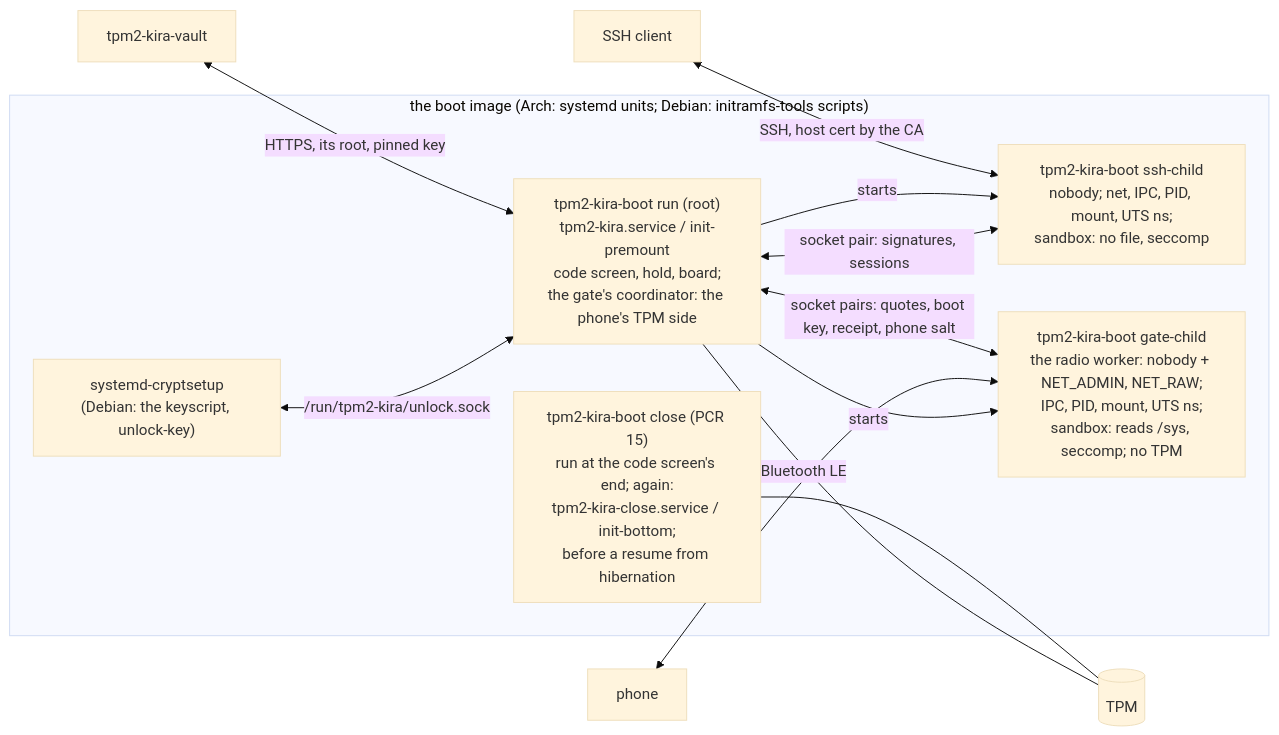
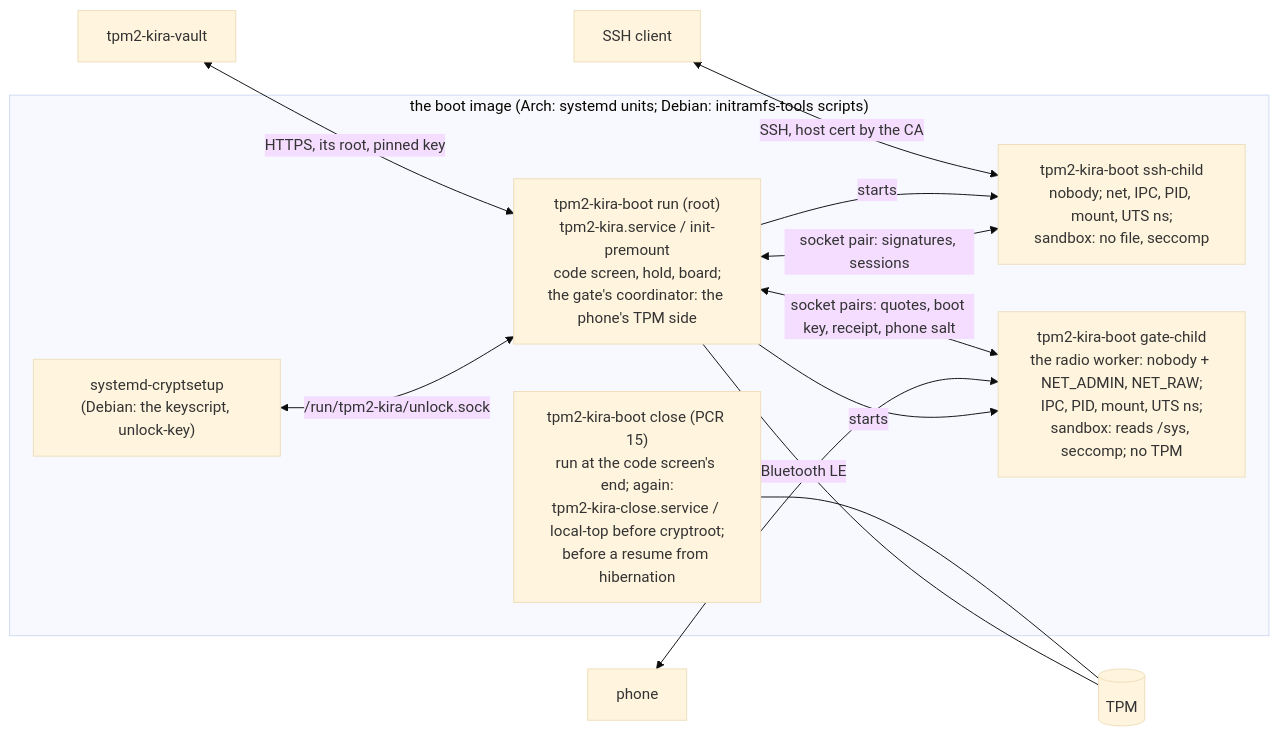
One commit to mrwiora/tpm2-kira changed the fourth of 4 diagrams in docs/ARCHITECTURE.md. Above: the diagram before and after it, drawn with Mermaid (base theme). The commit also changed 14 other files, not shown here.

````diff
--- a/docs/ARCHITECTURE.md
+++ b/docs/ARCHITECTURE.md
@@ -126,20 +126,20 @@
 ```mermaid
 flowchart LR
   subgraph INITRD["the boot image (Arch: systemd units; Debian: initramfs-tools scripts)"]
     RUN["tpm2-kira-boot run (root)<br/>tpm2-kira.service / init-premount<br/>code screen, hold, board;<br/>the gate's coordinator: the phone's TPM side"]
     CHILD["tpm2-kira-boot ssh-child<br/>nobody; net, IPC, PID, mount, UTS ns;<br/>sandbox: no file, seccomp"]
     GATE["tpm2-kira-boot gate-child<br/>the radio worker: nobody + NET_ADMIN, NET_RAW;<br/>IPC, PID, mount, UTS ns;<br/>sandbox: reads /sys, seccomp; no TPM"]
     CRYPT["systemd-cryptsetup<br/>(Debian: the keyscript, unlock-key)"]
-    CLOSE["tpm2-kira-boot close (PCR 15)<br/>run at the code screen's end; again:<br/>tpm2-kira-close.service / init-bottom;<br/>before a resume from hibernation"]
+    CLOSE["tpm2-kira-boot close (PCR 15)<br/>run at the code screen's end; again:<br/>tpm2-kira-close.service / local-top before cryptroot;<br/>before a resume from hibernation"]
   end
   TPM[("TPM")]
   RUN <-->|socket pair: signatures, sessions| CHILD
   RUN -->|starts| CHILD & GATE
   GATE <-->|socket pairs: quotes, boot key, receipt, phone salt| RUN
   CRYPT <-->|/run/tpm2-kira/unlock.sock| RUN
   RUN --- TPM
   CLOSE --- TPM
   SSHC["SSH client"] <-->|SSH, host cert by the CA| CHILD
   PHONEB["phone"] <-->|Bluetooth LE| GATE
   VAULTS["tpm2-kira-vault"] <-->|HTTPS, its root, pinned key| RUN
 ```
````
